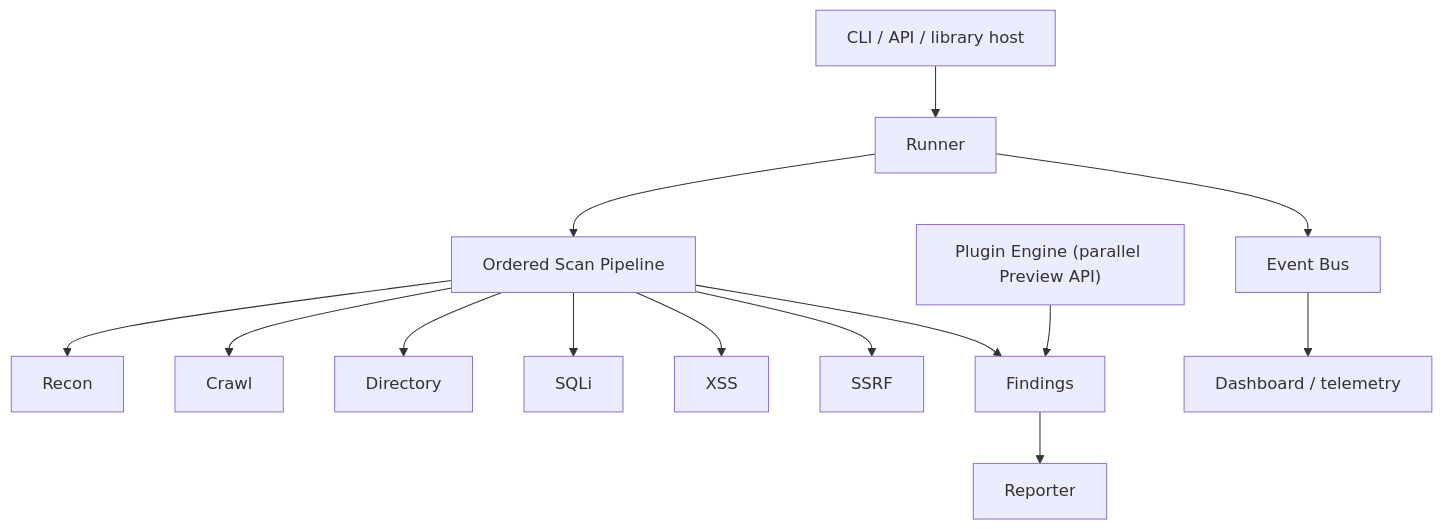
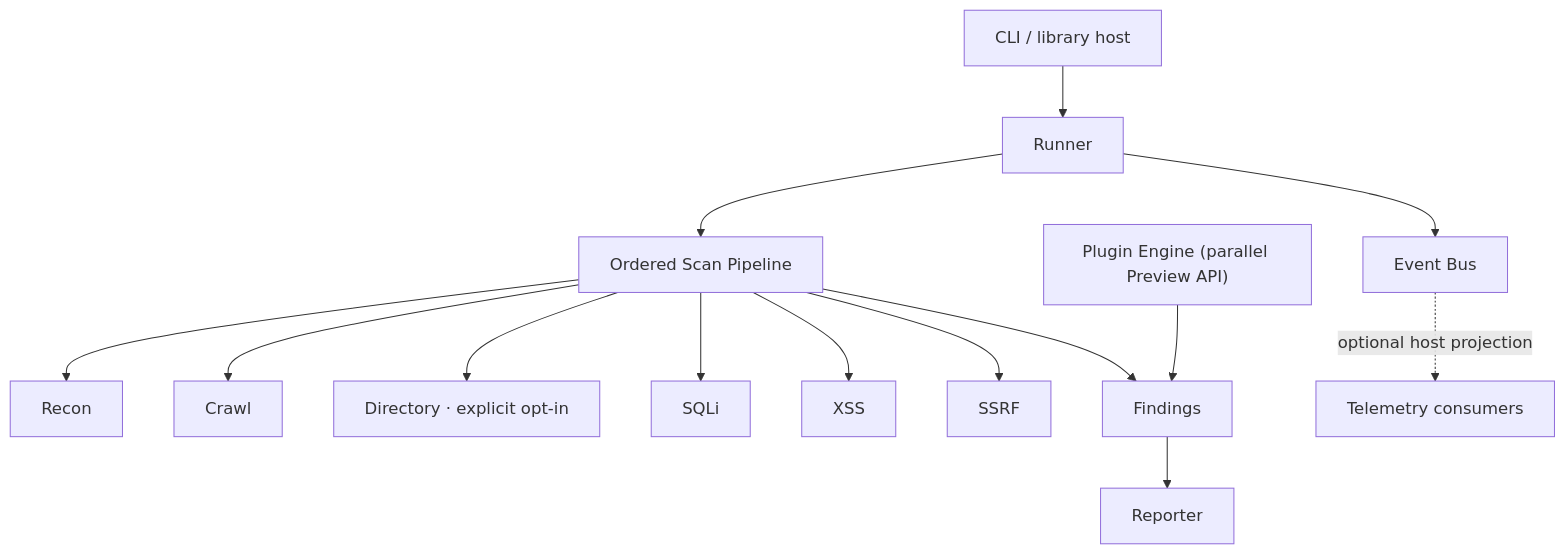
The second of 4 diagrams in docs/architecture.md (ITherso/termivar), drawn with Mermaid before and after one commit. The commit also changed other lines of this file and 13 other files, not shown here.

````diff
--- a/docs/architecture.md
+++ b/docs/architecture.md
@@ -45,16 +45,16 @@
 ```mermaid
 flowchart TD
-    Host["CLI / API / library host"] --> Runner
+    Host["CLI / library host"] --> Runner
     Runner --> Pipeline["Ordered Scan Pipeline"]
     Pipeline --> Recon
     Pipeline --> Crawl
-    Pipeline --> Directory
+    Pipeline --> Directory["Directory · explicit opt-in"]
     Pipeline --> SQLi
     Pipeline --> XSS
     Pipeline --> SSRF
     Pipeline --> Findings
     PluginEngine["Plugin Engine (parallel Preview API)"] --> Findings
     Runner --> Events["Event Bus"]
     Findings --> Reporter
-    Events --> Observers["Dashboard / telemetry"]
+    Events -. "optional host projection" .-> Observers["Telemetry consumers"]
 ```
````
